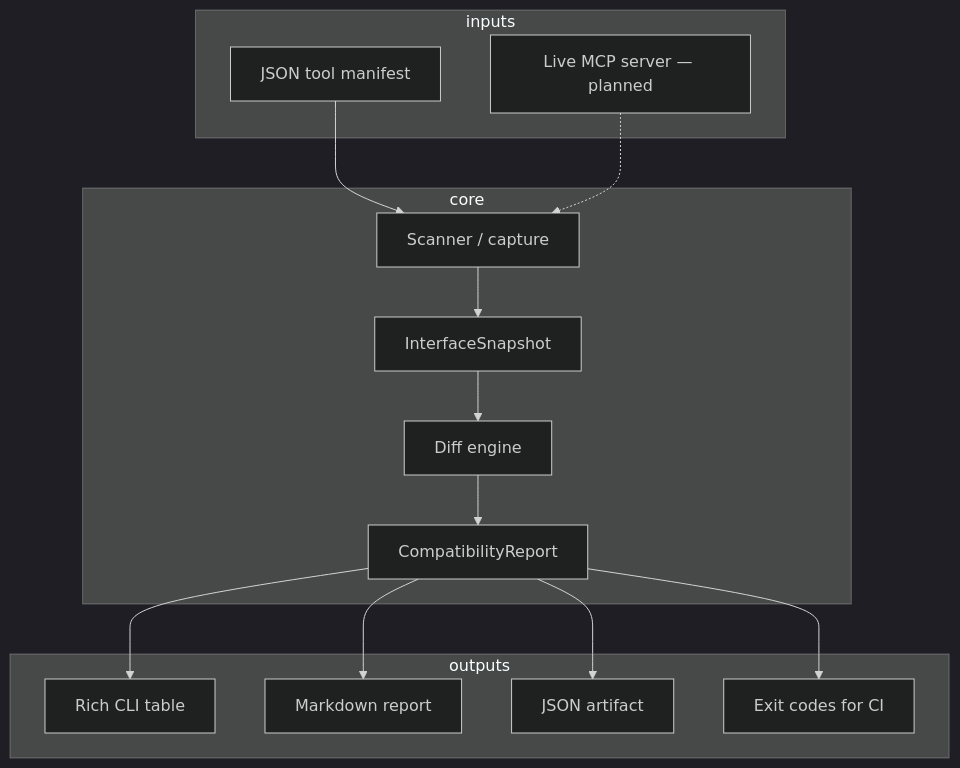
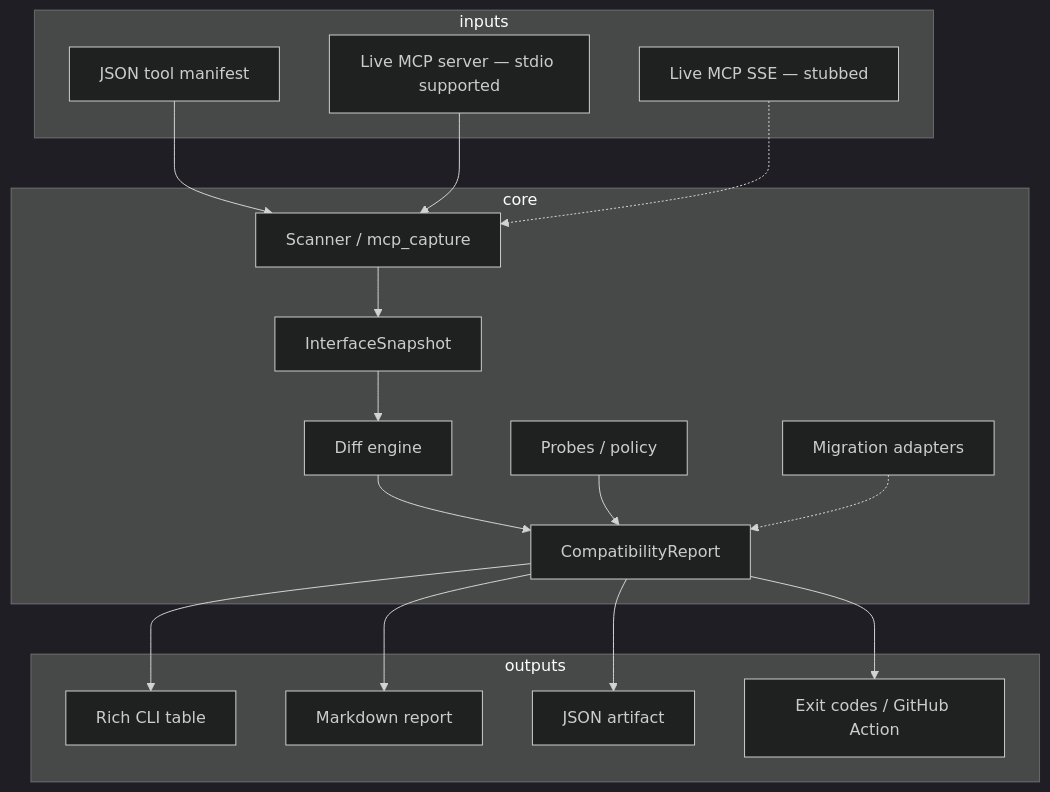
Before and after one commit to askmy-stack/tool-semantics: the diagram in docs/architecture.md, drawn with Mermaid (dark theme). The commit also changed other lines of this file, not shown here.

First line of the commit message:
Sync architecture.md with shipped capture, probes, and adapters. (#39)

````diff
--- a/docs/architecture.md
+++ b/docs/architecture.md
@@ -7,28 +7,34 @@
 ```mermaid
 flowchart TB
   subgraph inputs
     M[JSON tool manifest]
-    L[Live MCP server — planned]
+    L[Live MCP server — stdio supported]
+    SSE[Live MCP SSE — stubbed]
   end
   subgraph core
-    S[Scanner / capture]
+    S[Scanner / mcp_capture]
     N[InterfaceSnapshot]
     D[Diff engine]
+    P[Probes / policy]
+    A[Migration adapters]
     R[CompatibilityReport]
   end
   subgraph outputs
     CLI[Rich CLI table]
     MD[Markdown report]
     JSON[JSON artifact]
-    CI[Exit codes for CI]
+    CI[Exit codes / GitHub Action]
   end
   M --> S
-  L -.-> S
+  L --> S
+  SSE -.-> S
   S --> N
   N --> D
   D --> R
+  P --> R
+  A -.-> R
   R --> CLI
   R --> MD
   R --> JSON
   R --> CI
 ```
````
